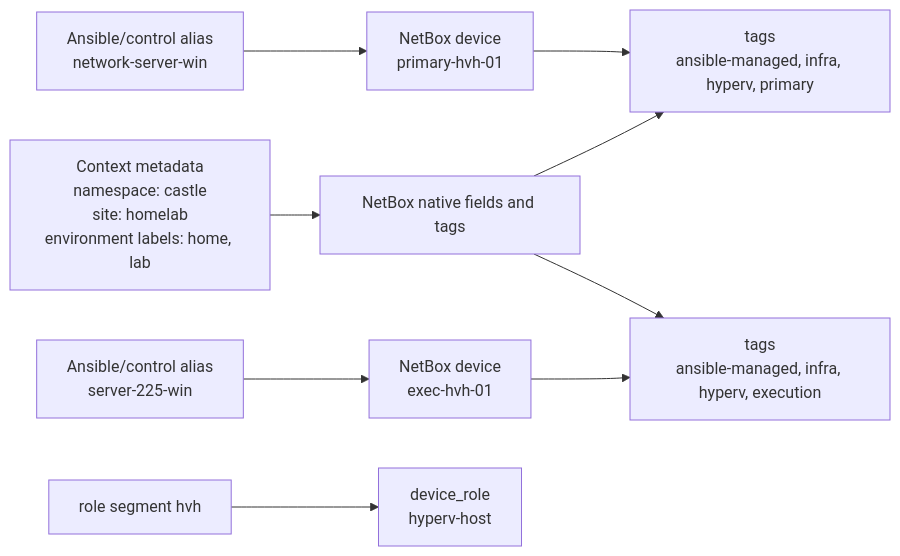
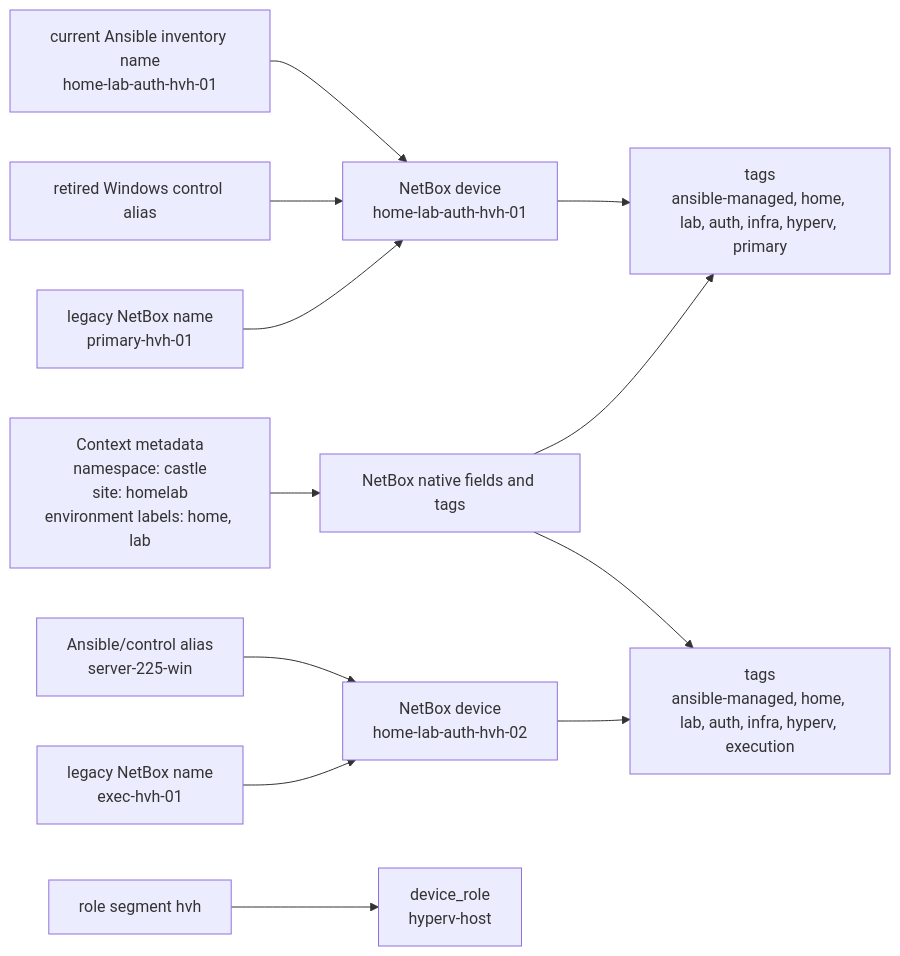
Before and after one commit to doesitscript/dotfile-vnext: the third of 3 diagrams in docs/plans/windows-public-share-netbox-naming/README.md, drawn with Mermaid. The commit also changed other lines of this file and 13 other files, not shown here.

First line of the commit message:
feat(ipam_netbox): expand model, add consistency gate, seed network-server VM

````diff
--- a/docs/plans/windows-public-share-netbox-naming/README.md
+++ b/docs/plans/windows-public-share-netbox-naming/README.md
@@ -112,11 +114,14 @@
 ```mermaid
 graph LR
     context[Context metadata<br/>namespace: castle<br/>site: homelab<br/>environment labels: home, lab] --> netbox[NetBox native fields and tags]
-    alias1[Ansible/control alias<br/>network-server-win] --> name1[NetBox device<br/>primary-hvh-01]
-    alias2[Ansible/control alias<br/>server-225-win] --> name2[NetBox device<br/>exec-hvh-01]
+    alias1[current Ansible inventory name<br/>home-lab-auth-hvh-01] --> name1[NetBox device<br/>home-lab-auth-hvh-01]
+    legacy1[retired Windows control alias] --> name1
+    old1[legacy NetBox name<br/>primary-hvh-01] --> name1
+    alias2[Ansible/control alias<br/>server-225-win] --> name2[NetBox device<br/>home-lab-auth-hvh-02]
+    old2[legacy NetBox name<br/>exec-hvh-01] --> name2
     role[role segment hvh] --> fullrole[device_role<br/>hyperv-host]
-    name1 --> tags1[tags<br/>ansible-managed, infra, hyperv, primary]
-    name2 --> tags2[tags<br/>ansible-managed, infra, hyperv, execution]
+    name1 --> tags1[tags<br/>ansible-managed, home, lab, auth, infra, hyperv, primary]
+    name2 --> tags2[tags<br/>ansible-managed, home, lab, auth, infra, hyperv, execution]
     netbox --> tags1
     netbox --> tags2
 ```
````
